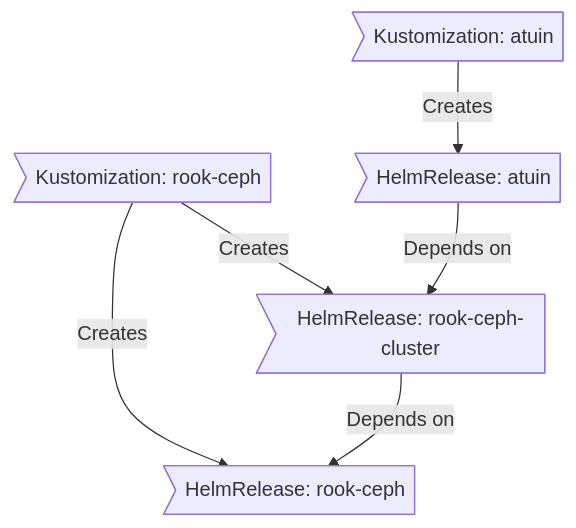
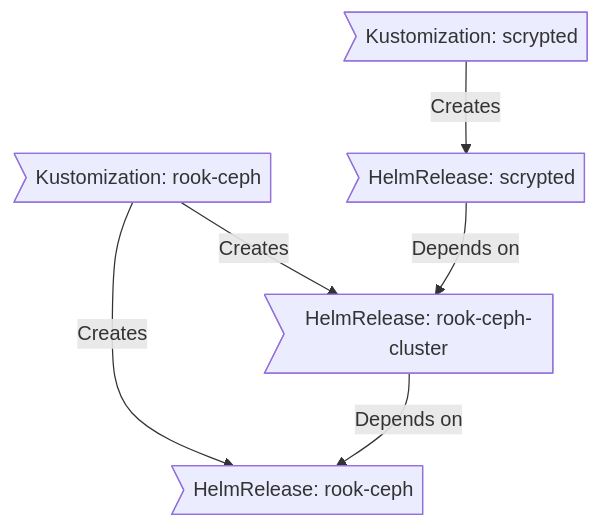
One commit to jsimcina/k8s-home changed the diagram in README.md. Above: the diagram before and after it, drawn with Mermaid. The commit also changed other lines of this file and 2 other files, not shown here.

````diff
--- a/README.md
+++ b/README.md
@@ -90,8 +87,8 @@
 ```mermaid
 graph TD
     A>Kustomization: rook-ceph] -->|Creates| B[HelmRelease: rook-ceph]
     A>Kustomization: rook-ceph] -->|Creates| C[HelmRelease: rook-ceph-cluster]
     C>HelmRelease: rook-ceph-cluster] -->|Depends on| B>HelmRelease: rook-ceph]
-    D>Kustomization: atuin] -->|Creates| E(HelmRelease: atuin)
-    E>HelmRelease: atuin] -->|Depends on| C>HelmRelease: rook-ceph-cluster]
+    D>Kustomization: scrypted] -->|Creates| E(HelmRelease: scrypted)
+    E>HelmRelease: scrypted] -->|Depends on| C>HelmRelease: rook-ceph-cluster]
 ```
````
